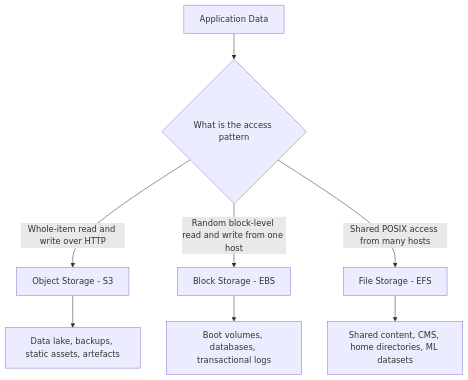
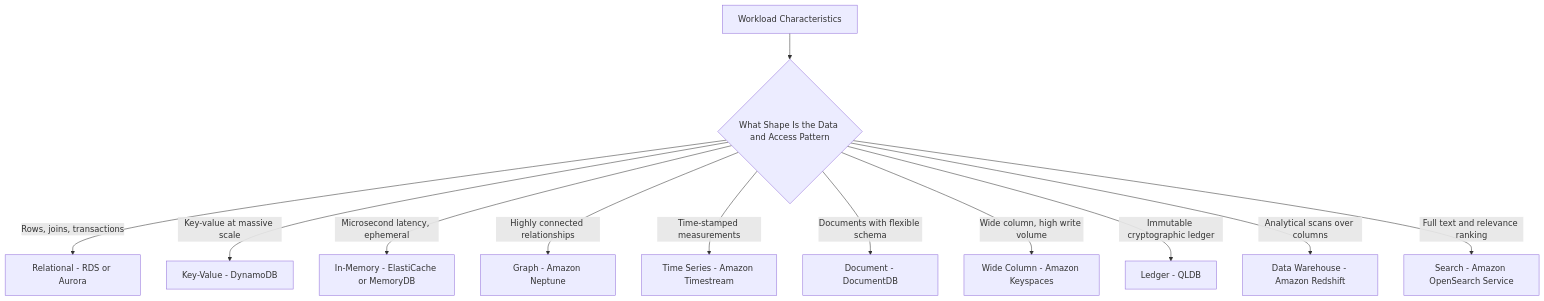
One commit to norbutlepcha25/dso303 changed the third of 35 diagrams in docs/unit1/topic5.md. Above: the diagram before and after it, drawn with Mermaid. The commit also changed other lines of this file and 945 other files, not shown here.

````diff
--- a/docs/unit1/topic5.md
+++ b/docs/unit1/topic5.md
@@ -190,10 +152,14 @@
 ```mermaid
 graph TD
-    A["Application Data"] --> B{"What is the access pattern"}
-    B -->|"Whole-item read and write over HTTP"| C["Object Storage - S3"]
-    B -->|"Random block-level read and write from one host"| D["Block Storage - EBS"]
-    B -->|"Shared POSIX access from many hosts"| E["File Storage - EFS"]
-    C --> F["Data lake, backups, static assets, artefacts"]
-    D --> G["Boot volumes, databases, transactional logs"]
-    E --> H["Shared content, CMS, home directories, ML datasets"]
+    A["Workload Characteristics"] --> B{"What Shape Is the Data and Access Pattern"}
+    B -->|"Rows, joins, transactions"| C["Relational - RDS or Aurora"]
+    B -->|"Key-value at massive scale"| D["Key-Value - DynamoDB"]
+    B -->|"Microsecond latency, ephemeral"| E["In-Memory - ElastiCache or MemoryDB"]
+    B -->|"Highly connected relationships"| F["Graph - Amazon Neptune"]
+    B -->|"Time-stamped measurements"| G["Time Series - Amazon Timestream"]
+    B -->|"Documents with flexible schema"| H["Document - DocumentDB"]
+    B -->|"Wide column, high write volume"| I["Wide Column - Amazon Keyspaces"]
+    B -->|"Immutable cryptographic ledger"| J["Ledger - QLDB"]
+    B -->|"Analytical scans over columns"| K["Data Warehouse - Amazon Redshift"]
+    B -->|"Full text and relevance ranking"| L["Search - Amazon OpenSearch Service"]
 ```
````
